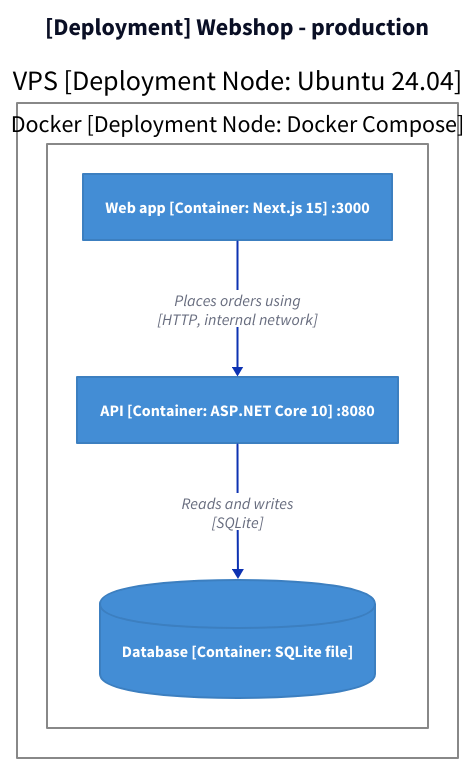
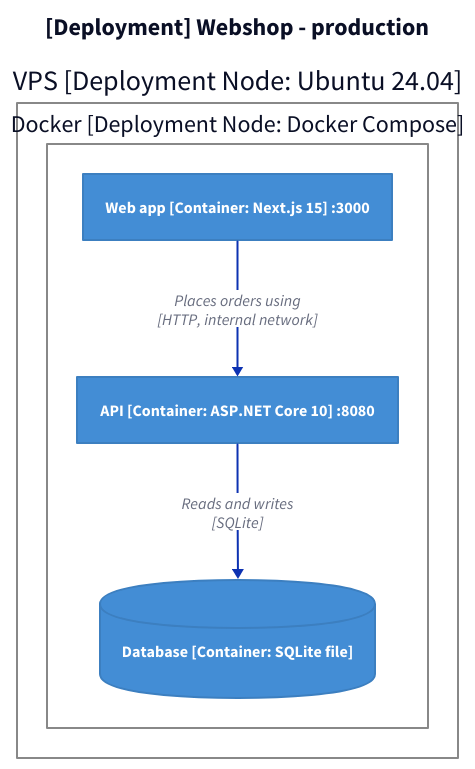
The fourth of 5 diagrams in skill/explaining-code/reference/c4-model.md (ATkingma/KingmaDoc), drawn with D2 before and after one commit. The commit also changed other lines of this file and 11 other files, not shown here.

First line of the commit message:
fix: dark-mode-safe diagrams, render warnings, VS Code preview prompt

````diff
--- a/skill/explaining-code/reference/c4-model.md
+++ b/skill/explaining-code/reference/c4-model.md
@@ -258,29 +258,29 @@
 ```d2
 classes: {
   container: {shape: rectangle; style: {fill: "#438dd5"; stroke: "#3c7fc0"; font-color: "#ffffff"}}
   database: {shape: cylinder; style: {fill: "#438dd5"; stroke: "#3c7fc0"; font-color: "#ffffff"}}
-  node: {style: {fill: "#ffffff"; stroke: "#888888"; font-color: "#000000"}}
+  node: {style: {fill: transparent; stroke: "#888888"}}
 }
 title: "[Deployment] Webshop - production" {shape: text; near: top-center; style: {font-size: 24; bold: true}}
 vars: {
   d2-legend: {
     n: Deployment node {class: node}
     c: Container instance {class: container}
     d: Container instance: data store {class: database}
     a: "" {style.opacity: 0}
     b: "" {style.opacity: 0}
     a -> b: Relationship
   }
 }
 server: "VPS [Deployment Node: Ubuntu 24.04]" {
   class: node
   docker: "Docker [Deployment Node: Docker Compose]" {
     class: node
     web: "Web app [Container: Next.js 15] :3000" {class: container}
     api: "API [Container: ASP.NET Core 10] :8080" {class: container}
     db: "Database [Container: SQLite file]" {class: database}
   }
 }
 server.docker.web -> server.docker.api: "Places orders using\n[HTTP, internal network]"
 server.docker.api -> server.docker.db: "Reads and writes\n[SQLite]"
 ```
````
